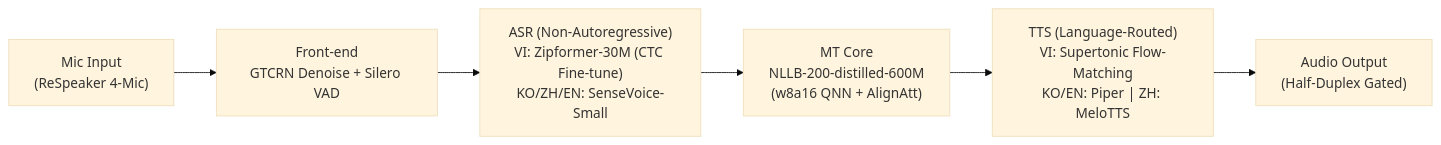
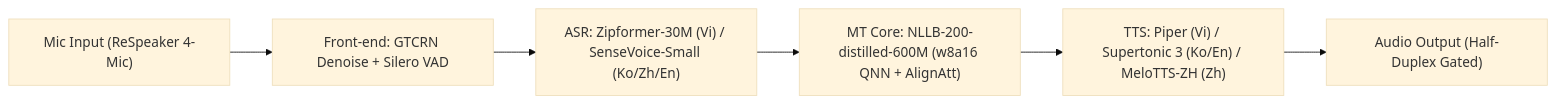
The diagram in README.md (Khanhhh239/OneVoice), drawn with Mermaid (base theme) before and after one commit. The commit also changed other lines of this file and 2 other files, not shown here.

````diff
--- a/README.md
+++ b/README.md
@@ -56,17 +66,8 @@
 ```mermaid
 flowchart LR
-    A["Mic Input
-(ReSpeaker 4-Mic)"] --> B["Front-end
-GTCRN Denoise + Silero VAD"]
-    B --> C["ASR (Non-Autoregressive)
-VI: Zipformer-30M (CTC Fine-tune)
-KO/ZH/EN: SenseVoice-Small"]
-    C --> D["MT Core
-NLLB-200-distilled-600M
-(w8a16 QNN + AlignAtt)"]
-    D --> E["TTS (Language-Routed)
-VI: Supertonic Flow-Matching
-KO/EN: Piper | ZH: MeloTTS"]
-    E --> F["Audio Output
-(Half-Duplex Gated)"]
+    A["Mic Input (ReSpeaker 4-Mic)"] --> B["Front-end: GTCRN Denoise + Silero VAD"]
+    B --> C["ASR: Zipformer-30M (Vi) / SenseVoice-Small (Ko/Zh/En)"]
+    C --> D["MT Core: NLLB-200-distilled-600M (w8a16 QNN + AlignAtt)"]
+    D --> E["TTS: Piper (Vi) / Supertonic 3 (Ko/En) / MeloTTS-ZH (Zh)"]
+    E --> F["Audio Output (Half-Duplex Gated)"]
 ```
````
